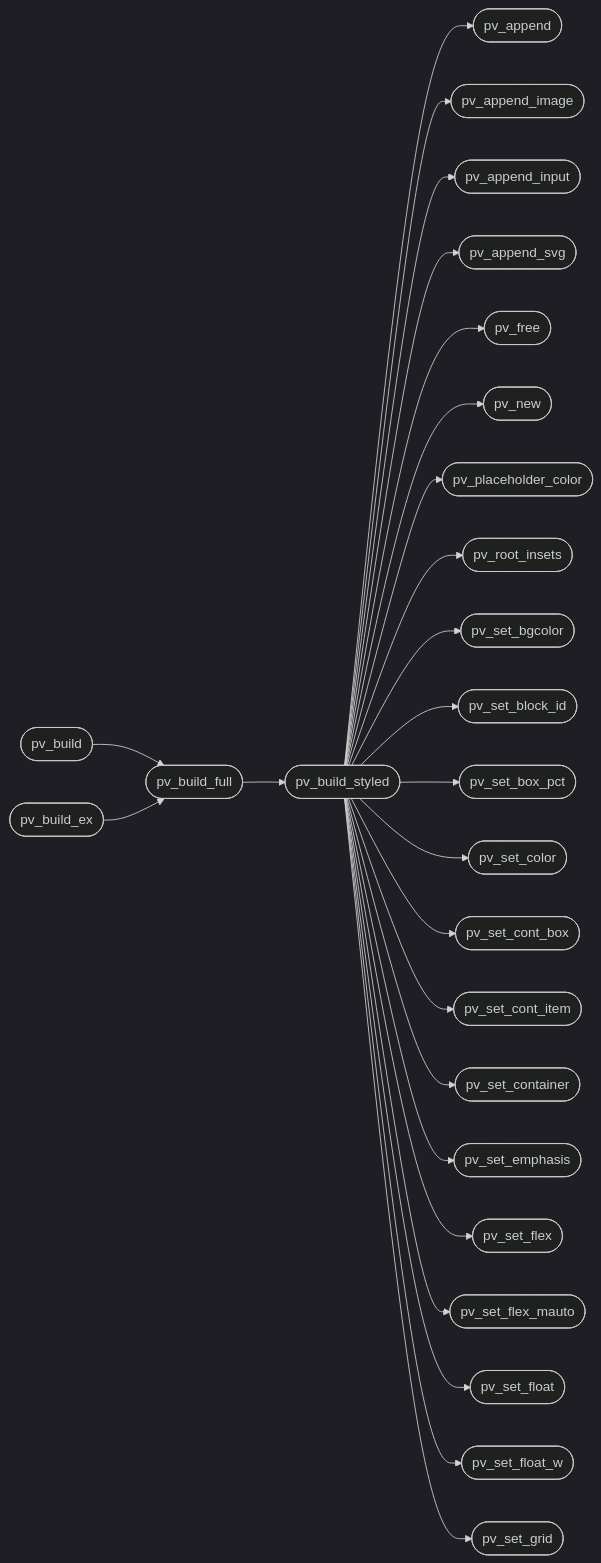
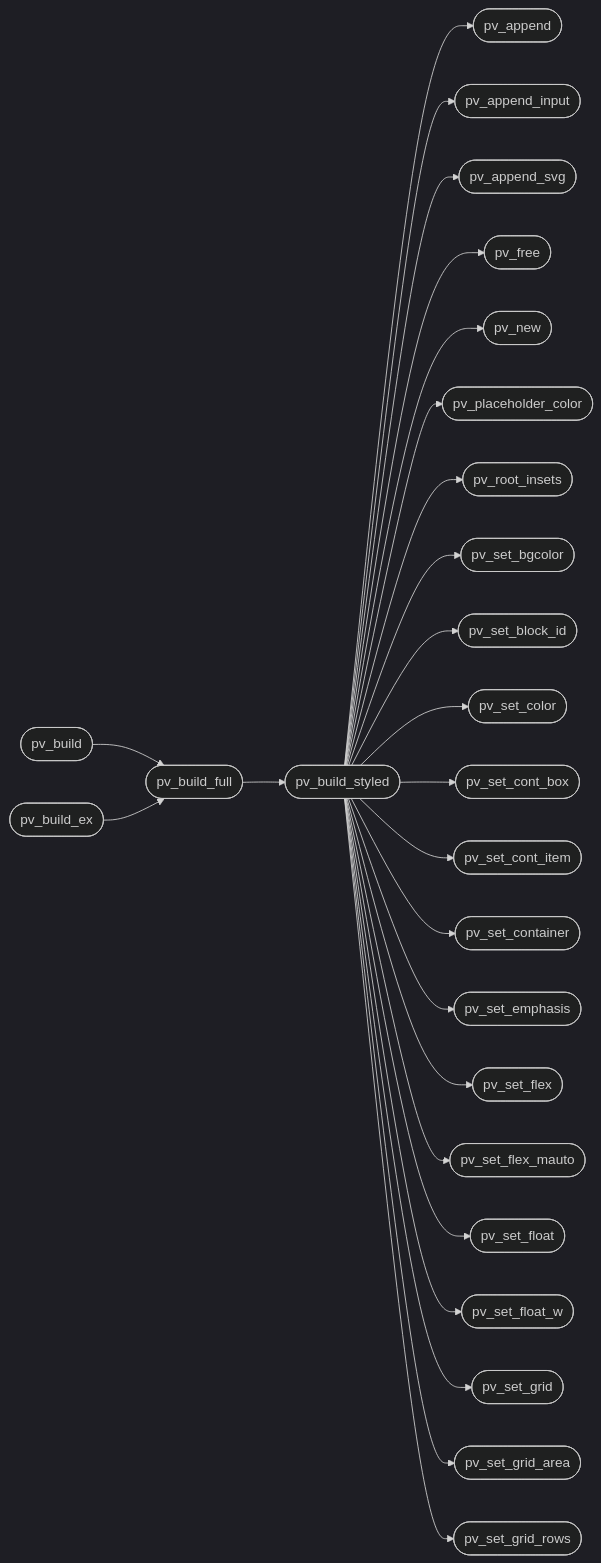
Before and after one commit to grisuno/FreeDom: the second of 2 diagrams in readmenator-apidocs/modules/src.page_view.c.md, drawn with Mermaid (dark theme). The commit also changed other lines of this file and 263 other files, not shown here.

````diff
--- a/readmenator-apidocs/modules/src.page_view.c.md
+++ b/readmenator-apidocs/modules/src.page_view.c.md
@@ -66,52 +68,52 @@
 ```mermaid
 flowchart LR
     n_src_page_view_c__pv_build(["pv_build"])
     n_src_page_view_c__pv_build_full(["pv_build_full"])
     n_src_page_view_c__pv_build_ex(["pv_build_ex"])
     n_src_page_view_c__pv_build_styled(["pv_build_styled"])
     n_src_page_view_c__pv_append(["pv_append"])
-    n_src_page_view_c__pv_append_image(["pv_append_image"])
     n_src_page_view_c__pv_append_input(["pv_append_input"])
     n_src_page_view_c__pv_append_svg(["pv_append_svg"])
     n_src_page_view_c__pv_free(["pv_free"])
     n_src_page_view_c__pv_new(["pv_new"])
     n_src_page_view_c__pv_placeholder_color(["pv_placeholder_color"])
     n_src_page_view_c__pv_root_insets(["pv_root_insets"])
     n_src_page_view_c__pv_set_bgcolor(["pv_set_bgcolor"])
     n_src_page_view_c__pv_set_block_id(["pv_set_block_id"])
-    n_src_page_view_c__pv_set_box_pct(["pv_set_box_pct"])
     n_src_page_view_c__pv_set_color(["pv_set_color"])
     n_src_page_view_c__pv_set_cont_box(["pv_set_cont_box"])
     n_src_page_view_c__pv_set_cont_item(["pv_set_cont_item"])
     n_src_page_view_c__pv_set_container(["pv_set_container"])
     n_src_page_view_c__pv_set_emphasis(["pv_set_emphasis"])
     n_src_page_view_c__pv_set_flex(["pv_set_flex"])
     n_src_page_view_c__pv_set_flex_mauto(["pv_set_flex_mauto"])
     n_src_page_view_c__pv_set_float(["pv_set_float"])
     n_src_page_view_c__pv_set_float_w(["pv_set_float_w"])
     n_src_page_view_c__pv_set_grid(["pv_set_grid"])
+    n_src_page_view_c__pv_set_grid_area(["pv_set_grid_area"])
+    n_src_page_view_c__pv_set_grid_rows(["pv_set_grid_rows"])
     n_src_page_view_c__pv_build --> n_src_page_view_c__pv_build_full
     n_src_page_view_c__pv_build_ex --> n_src_page_view_c__pv_build_full
     n_src_page_view_c__pv_build_full --> n_src_page_view_c__pv_build_styled
     n_src_page_view_c__pv_build_styled --> n_src_page_view_c__pv_append
-    n_src_page_view_c__pv_build_styled --> n_src_page_view_c__pv_append_image
     n_src_page_view_c__pv_build_styled --> n_src_page_view_c__pv_append_input
     n_src_page_view_c__pv_build_styled --> n_src_page_view_c__pv_append_svg
     n_src_page_view_c__pv_build_styled --> n_src_page_view_c__pv_free
     n_src_page_view_c__pv_build_styled --> n_src_page_view_c__pv_new
     n_src_page_view_c__pv_build_styled --> n_src_page_view_c__pv_placeholder_color
     n_src_page_view_c__pv_build_styled --> n_src_page_view_c__pv_root_insets
     n_src_page_view_c__pv_build_styled --> n_src_page_view_c__pv_set_bgcolor
     n_src_page_view_c__pv_build_styled --> n_src_page_view_c__pv_set_block_id
-    n_src_page_view_c__pv_build_styled --> n_src_page_view_c__pv_set_box_pct
     n_src_page_view_c__pv_build_styled --> n_src_page_view_c__pv_set_color
     n_src_page_view_c__pv_build_styled --> n_src_page_view_c__pv_set_cont_box
     n_src_page_view_c__pv_build_styled --> n_src_page_view_c__pv_set_cont_item
     n_src_page_view_c__pv_build_styled --> n_src_page_view_c__pv_set_container
     n_src_page_view_c__pv_build_styled --> n_src_page_view_c__pv_set_emphasis
     n_src_page_view_c__pv_build_styled --> n_src_page_view_c__pv_set_flex
     n_src_page_view_c__pv_build_styled --> n_src_page_view_c__pv_set_flex_mauto
     n_src_page_view_c__pv_build_styled --> n_src_page_view_c__pv_set_float
     n_src_page_view_c__pv_build_styled --> n_src_page_view_c__pv_set_float_w
     n_src_page_view_c__pv_build_styled --> n_src_page_view_c__pv_set_grid
+    n_src_page_view_c__pv_build_styled --> n_src_page_view_c__pv_set_grid_area
+    n_src_page_view_c__pv_build_styled --> n_src_page_view_c__pv_set_grid_rows
 ```
````
